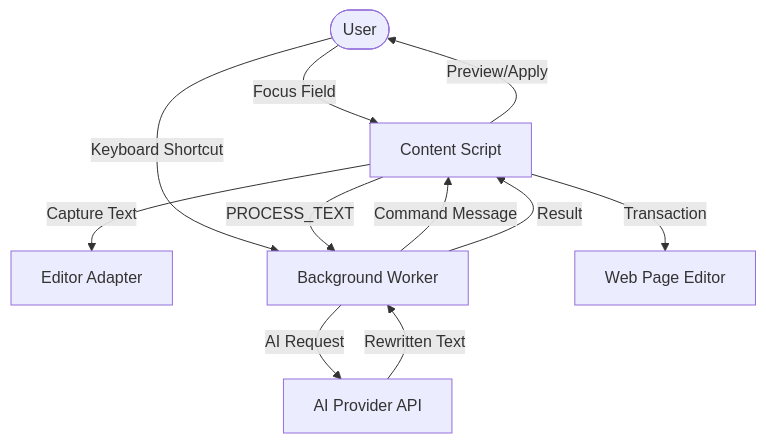
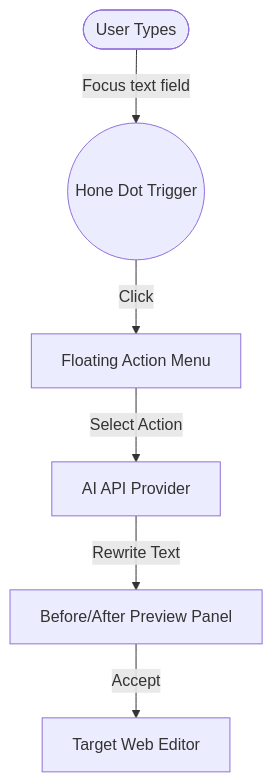
One commit to rabden/hone-compose changed the diagram in README.md. Above: the diagram before and after it, drawn with Mermaid. The commit also changed other lines of this file and 36 other files, not shown here.

````diff
--- a/README.md
+++ b/README.md
@@ -12,13 +31,8 @@
 ```mermaid
 graph TD
-    User([User]) -->|Focus Field| Content[Content Script]
-    Content -->|Capture Text| Adapter[Editor Adapter]
-    User -->|Keyboard Shortcut| BG[Background Worker]
-    BG -->|Command Message| Content
-    Content -->|PROCESS_TEXT| BG
-    BG -->|AI Request| AI[AI Provider API]
-    AI -->|Rewritten Text| BG
-    BG -->|Result| Content
-    Content -->|Preview/Apply| User
-    Content -->|Transaction| Editor[Web Page Editor]
+    User([User Types]) -->|Focus text field| HoneDot((Hone Dot Trigger))
+    HoneDot -->|Click| Menu[Floating Action Menu]
+    Menu -->|Select Action| AI[AI API Provider]
+    AI -->|Rewrite Text| Preview[Before/After Preview Panel]
+    Preview -->|Accept| Editor[Target Web Editor]
 ```
````
